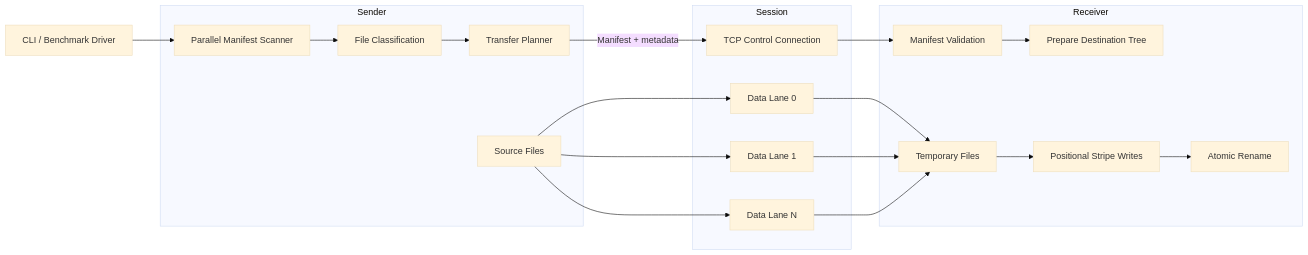
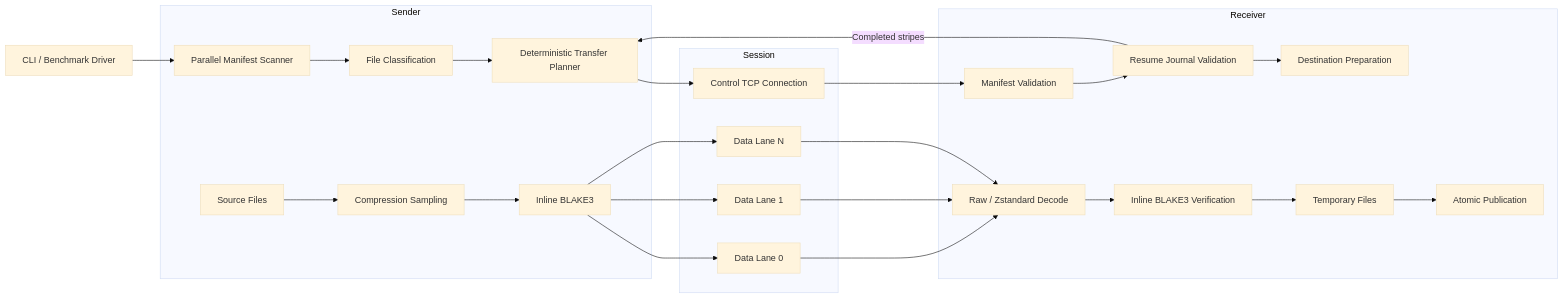
Before and after one commit to Nemeth-Tamas/networkcopy-speed: the first of 3 diagrams in README.md, drawn with Mermaid (base theme). The commit also changed other lines of this file, not shown here.

Commit message:
docs: update project status and architecture

````diff
--- a/README.md
+++ b/README.md
@@ -115,45 +249,54 @@
 ```mermaid
 flowchart LR
     CLI["CLI / Benchmark Driver"]
 
     subgraph Sender
         SCAN["Parallel Manifest Scanner"]
         CLASSIFY["File Classification"]
-        PLAN["Transfer Planner"]
+        PLAN["Deterministic Transfer Planner"]
+        SAMPLE["Compression Sampling"]
+        HASH_SEND["Inline BLAKE3"]
         SOURCE["Source Files"]
     end
 
     subgraph Session
-        CONTROL["TCP Control Connection"]
+        CONTROL["Control TCP Connection"]
         D0["Data Lane 0"]
         D1["Data Lane 1"]
         DN["Data Lane N"]
     end
 
     subgraph Receiver
         MANIFEST["Manifest Validation"]
-        PREPARE["Prepare Destination Tree"]
+        RESUME["Resume Journal Validation"]
+        PREPARE["Destination Preparation"]
+        DECODE["Raw / Zstandard Decode"]
+        HASH_RECV["Inline BLAKE3 Verification"]
         TEMP["Temporary Files"]
-        STRIPES["Positional Stripe Writes"]
-        FINAL["Atomic Rename"]
+        FINAL["Atomic Publication"]
     end
 
     CLI --> SCAN
     SCAN --> CLASSIFY
     CLASSIFY --> PLAN
+    PLAN --> CONTROL
 
-    PLAN -->|"Manifest + metadata"| CONTROL
     CONTROL --> MANIFEST
-    MANIFEST --> PREPARE
+    MANIFEST --> RESUME
+    RESUME --> PREPARE
+    RESUME -->|"Completed stripes"| PLAN
 
-    SOURCE --> D0
-    SOURCE --> D1
-    SOURCE --> DN
+    SOURCE --> SAMPLE
+    SAMPLE --> HASH_SEND
+    HASH_SEND --> D0
+    HASH_SEND --> D1
+    HASH_SEND --> DN
 
-    D0 --> TEMP
-    D1 --> TEMP
-    DN --> TEMP
+    D0 --> DECODE
+    D1 --> DECODE
+    DN --> DECODE
 
-    TEMP --> STRIPES
-    STRIPES --> FINAL
+    DECODE --> HASH_RECV
+    HASH_RECV --> TEMP
+    TEMP --> FINAL
 ```
````
